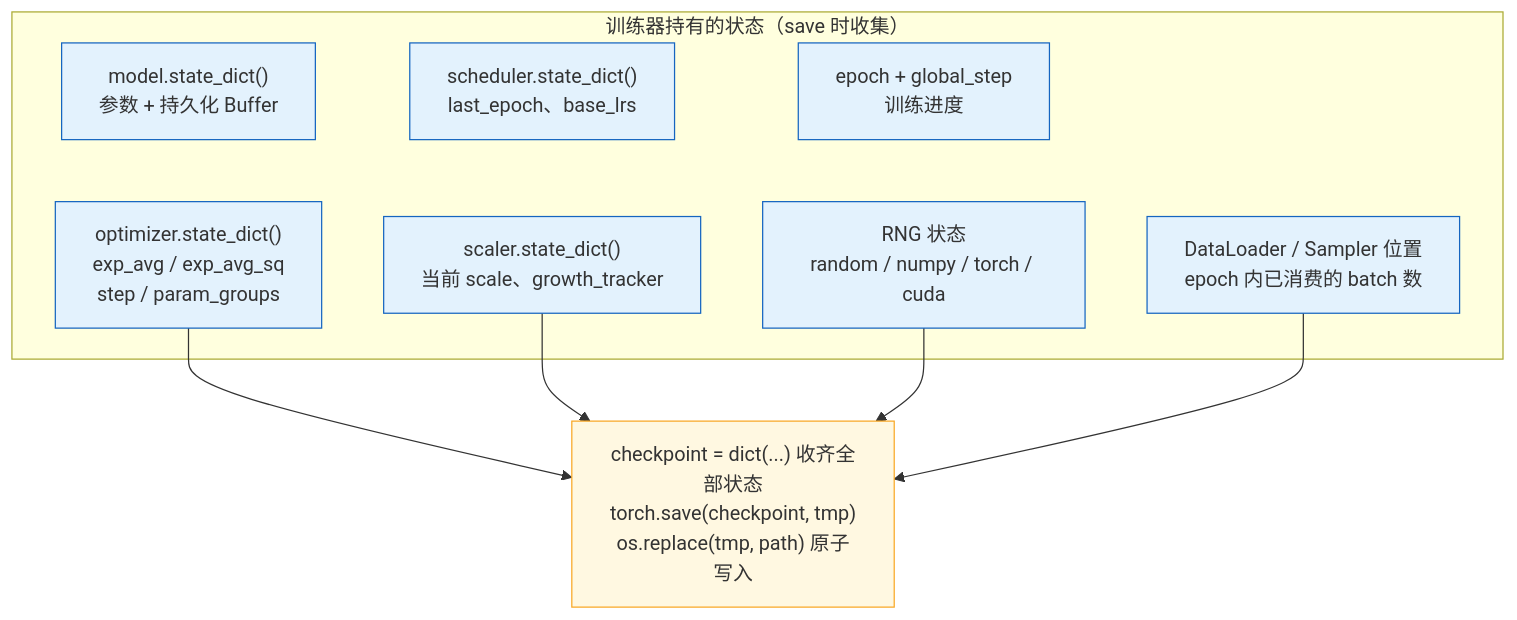
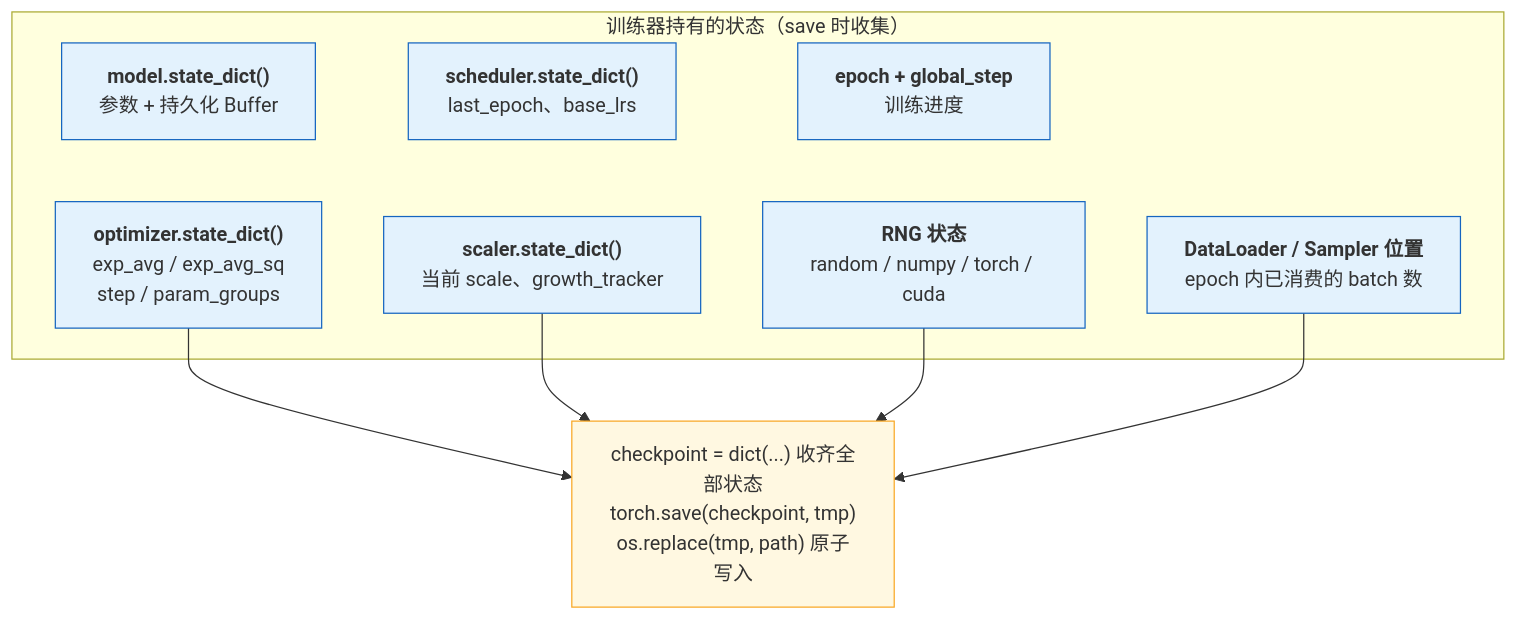
Before and after one commit to arganzheng/arganzheng.github.com: the fifth of 6 diagrams in _posts/2026-02-20-pytorch-module-and-training-system.md, drawn with Mermaid. The commit also changed other lines of this file and 10 other files, not shown here.

First line of the commit message:
PyTorch 深度实践：从 Tensor 到深度学习运行时：Mermaid 多行方框的首行标为标题（11 篇）

````diff
--- a/_posts/2026-02-20-pytorch-module-and-training-system.md
+++ b/_posts/2026-02-20-pytorch-module-and-training-system.md
@@ -1591,26 +1591,26 @@
 ```mermaid
 %% 图：save 时收集的全部状态：模型、优化器、scheduler、scaler、进度、RNG 与 Sampler 位置
 flowchart TB
     subgraph trainer["训练器持有的状态（save 时收集）"]
-        S1["model.state_dict()<br/>参数 + 持久化 Buffer"]
-        S2["optimizer.state_dict()<br/>exp_avg / exp_avg_sq<br/>step / param_groups"]
-        S3["scheduler.state_dict()<br/>last_epoch、base_lrs"]
-        S4["scaler.state_dict()<br/>当前 scale、growth_tracker"]
-        S5["epoch + global_step<br/>训练进度"]
-        S6["RNG 状态<br/>random / numpy / torch / cuda"]
-        S7["DataLoader / Sampler 位置<br/>epoch 内已消费的 batch 数"]
+        S1["<b>model.state_dict()</b><br/>参数 + 持久化 Buffer"]
+        S2["<b>optimizer.state_dict()</b><br/>exp_avg / exp_avg_sq<br/>step / param_groups"]
+        S3["<b>scheduler.state_dict()</b><br/>last_epoch、base_lrs"]
+        S4["<b>scaler.state_dict()</b><br/>当前 scale、growth_tracker"]
+        S5["<b>epoch + global_step</b><br/>训练进度"]
+        S6["<b>RNG 状态</b><br/>random / numpy / torch / cuda"]
+        S7["<b>DataLoader / Sampler 位置</b><br/>epoch 内已消费的 batch 数"]
         S1 ~~~ S2
         S3 ~~~ S4
         S5 ~~~ S6
     end
     CK["checkpoint = dict(...) 收齐全部状态<br/>torch.save(checkpoint, tmp)<br/>os.replace(tmp, path) 原子写入"]
     S2 --> CK
     S4 --> CK
     S6 --> CK
     S7 --> CK
 
     classDef st fill:#e3f2fd,stroke:#1565c0;
     classDef io fill:#fff8e1,stroke:#f9a825;
     class S1,S2,S3,S4,S5,S6,S7 st;
     class CK io;
 ```
````
